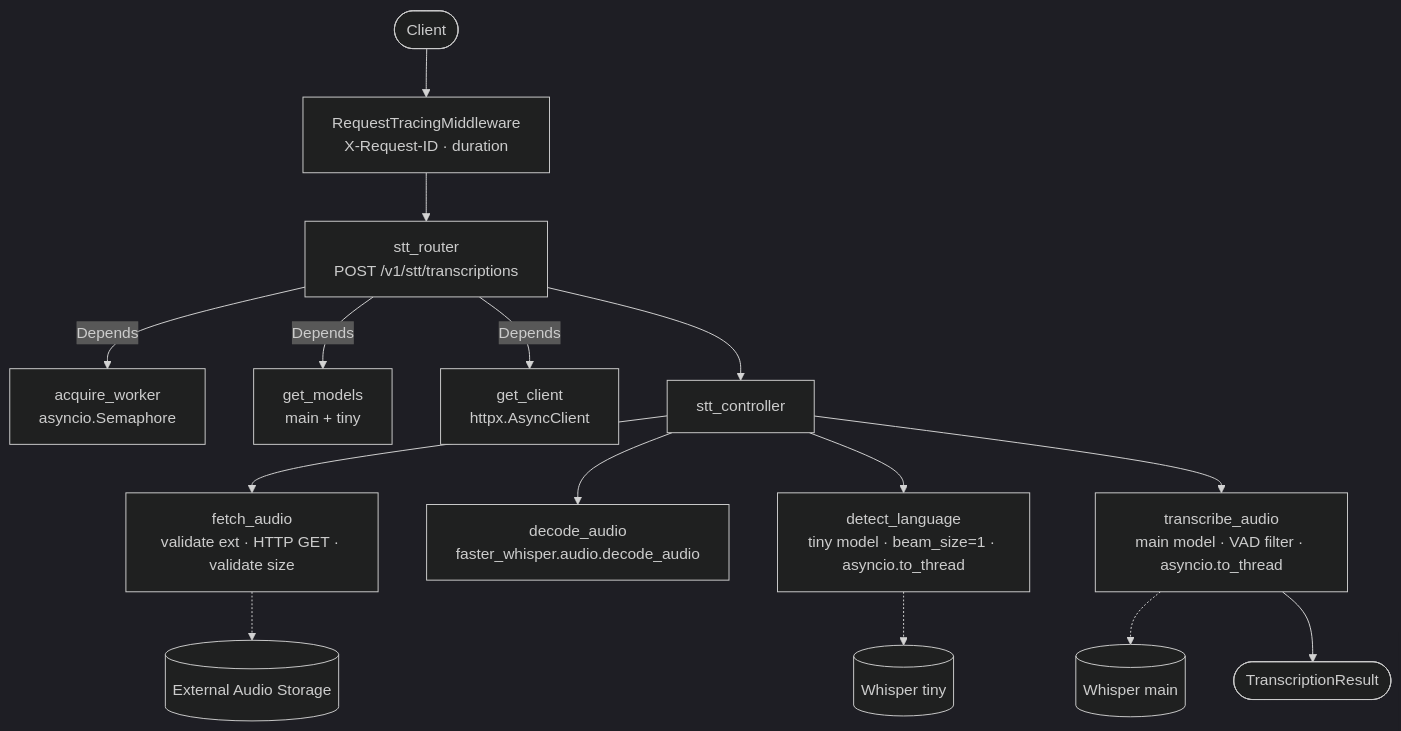
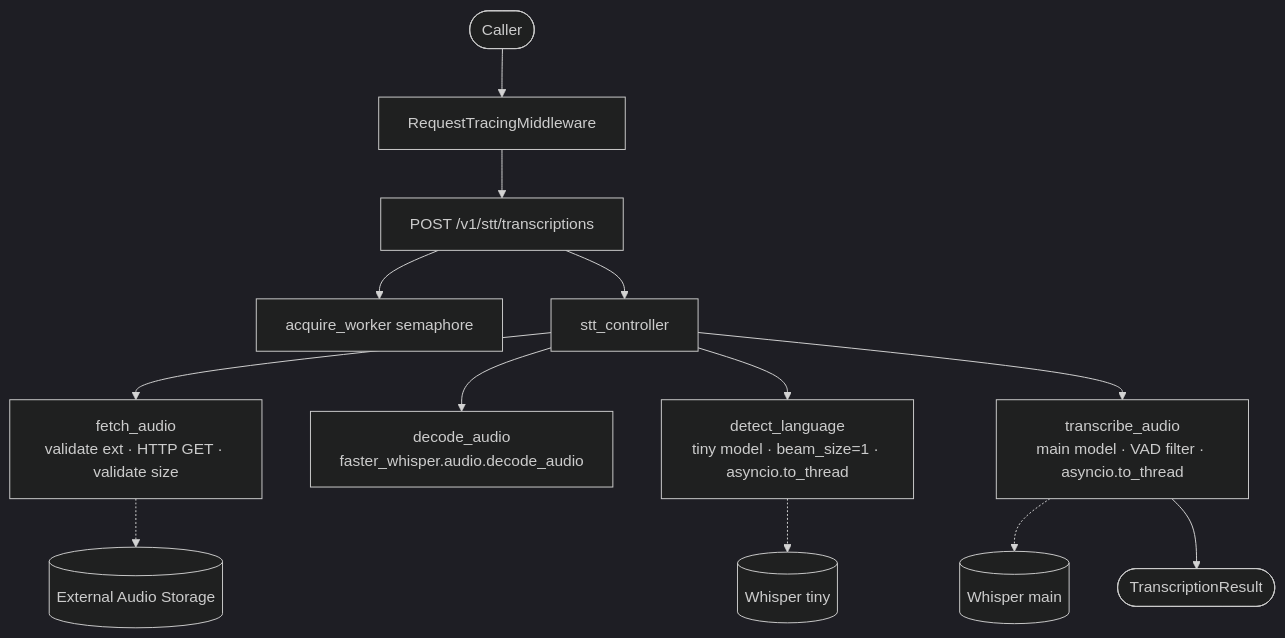
One commit to KlaiAhmed/KidsMind changed the first of 3 diagrams in Services/stt/README.md. Above: the diagram before and after it, drawn with Mermaid (dark theme). The commit also changed other lines of this file, not shown here.

````diff
--- a/Services/stt/README.md
+++ b/Services/stt/README.md
@@ -9,17 +52,15 @@
 ```mermaid
 flowchart TD
-    Client([Client]) --> MW[RequestTracingMiddleware<br/>X-Request-ID · duration]
-    MW --> Router[stt_router<br/>POST /v1/stt/transcriptions]
-    Router -- "Depends" --> Sem[acquire_worker<br/>asyncio.Semaphore]
-    Router -- "Depends" --> Models[get_models<br/>main + tiny]
-    Router -- "Depends" --> HC[get_client<br/>httpx.AsyncClient]
+    Client([Caller]) --> MW[RequestTracingMiddleware]
+    MW --> Router[POST /v1/stt/transcriptions]
+    Router --> Sem[acquire_worker semaphore]
     Router --> Ctrl[stt_controller]
     Ctrl --> Fetch[fetch_audio<br/>validate ext · HTTP GET · validate size]
     Ctrl --> Decode[decode_audio<br/>faster_whisper.audio.decode_audio]
     Ctrl --> Lang[detect_language<br/>tiny model · beam_size=1 · asyncio.to_thread]
     Ctrl --> Transcribe[transcribe_audio<br/>main model · VAD filter · asyncio.to_thread]
     Fetch -.-> ExtStorage[(External Audio Storage)]
     Lang -.-> TinyModel[(Whisper tiny)]
     Transcribe -.-> MainModel[(Whisper main)]
     Transcribe --> Result([TranscriptionResult])
 ```
````
